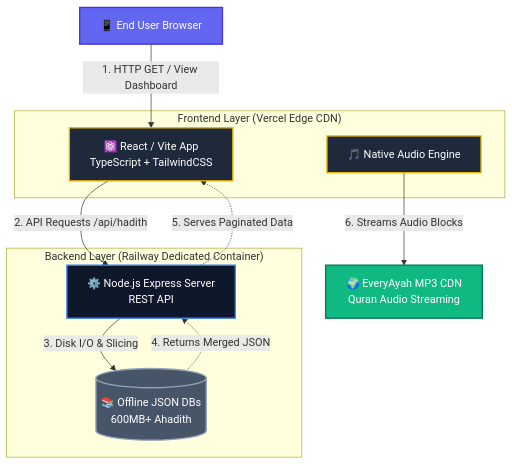
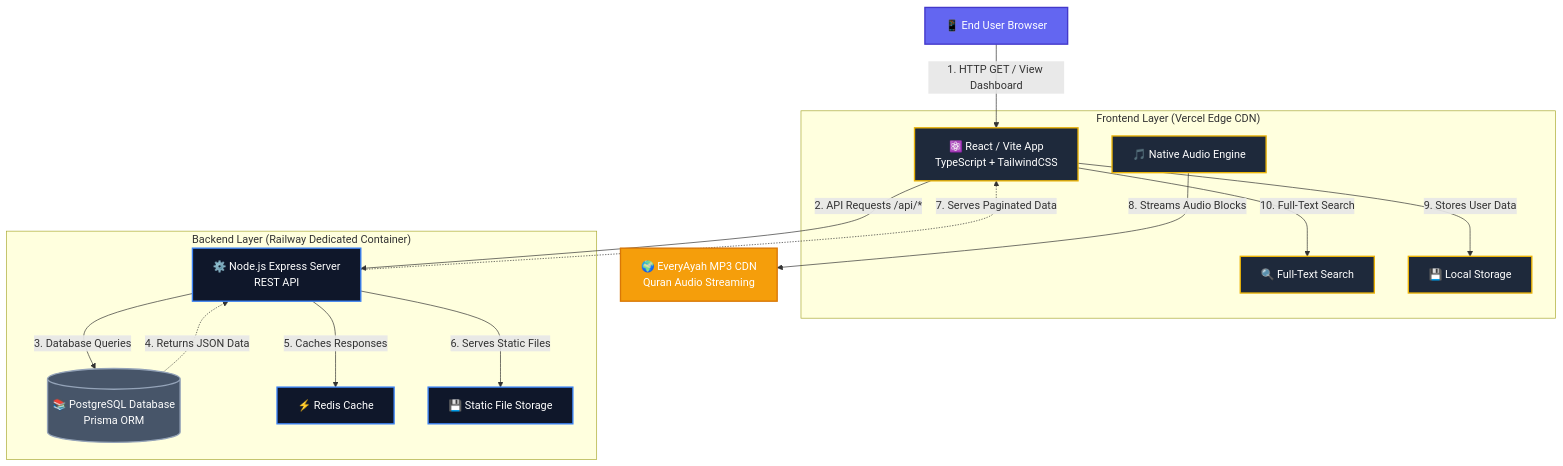
One commit to rehan9703/tafseelalquraan changed the first of 3 diagrams in README.md. Above: the diagram before and after it, drawn with Mermaid. The commit also changed other lines of this file and 1 other file, not shown here.

Commit message:
Final Update: Complete data import, fixed Juz Dashboard, and enhanced documentation

````diff
--- a/README.md
+++ b/README.md
@@ -45,32 +90,41 @@
 ```mermaid
 graph TD
     %% Node Styling
     classDef frontend fill:#1e293b,stroke:#eab308,stroke-width:2px,color:white;
     classDef backend fill:#0f172a,stroke:#3b82f6,stroke-width:2px,color:white;
     classDef edge fill:#10b981,stroke:#047857,stroke-width:2px,color:white;
     classDef database fill:#475569,stroke:#94a3b8,stroke-width:2px,color:white;
     classDef user fill:#6366f1,stroke:#4338ca,stroke-width:2px,color:white;
+    classDef external fill:#f59e0b,stroke:#d97706,stroke-width:2px,color:white;
 
     %% Elements
     User[📱 End User Browser]:::user
     
     subgraph "Frontend Layer (Vercel Edge CDN)"
         UI[⚛️ React / Vite App <br> TypeScript + TailwindCSS]:::frontend
         AudioPlayer[🎵 Native Audio Engine]:::frontend
+        SearchEngine[🔍 Full-Text Search]:::frontend
+        Storage[💾 Local Storage]:::frontend
     end
     
     subgraph "Backend Layer (Railway Dedicated Container)"
         API[⚙️ Node.js Express Server <br> REST API]:::backend
-        DB[(📚 Offline JSON DBs <br> 600MB+ Ahadith)]:::database
+        DB[(📚 PostgreSQL Database <br> Prisma ORM)]:::database
+        Redis[⚡ Redis Cache]:::backend
+        FileStorage[💾 Static File Storage]:::backend
     end
     
-    ExternalCDN[🌍 EveryAyah MP3 CDN <br> Quran Audio Streaming]:::edge
+    ExternalCDN[🌍 EveryAyah MP3 CDN <br> Quran Audio Streaming]:::external
 
     %% Flow Definitions
     User -- "1. HTTP GET / View Dashboard" --> UI
-    UI -- "2. API Requests /api/hadith" --> API
-    API -- "3. Disk I/O & Slicing" --> DB
-    DB -. "4. Returns Merged JSON" .-> API
-    API -. "5. Serves Paginated Data" .-> UI
-    AudioPlayer -- "6. Streams Audio Blocks" --> ExternalCDN
+    UI -- "2. API Requests /api/*" --> API
+    API -- "3. Database Queries" --> DB
+    DB -. "4. Returns JSON Data" .-> API
+    API -- "5. Caches Responses" --> Redis
+    API -- "6. Serves Static Files" --> FileStorage
+    API -. "7. Serves Paginated Data" .-> UI
+    AudioPlayer -- "8. Streams Audio Blocks" --> ExternalCDN
+    UI -- "9. Stores User Data" --> Storage
+    UI -- "10. Full-Text Search" --> SearchEngine
 ```
````
